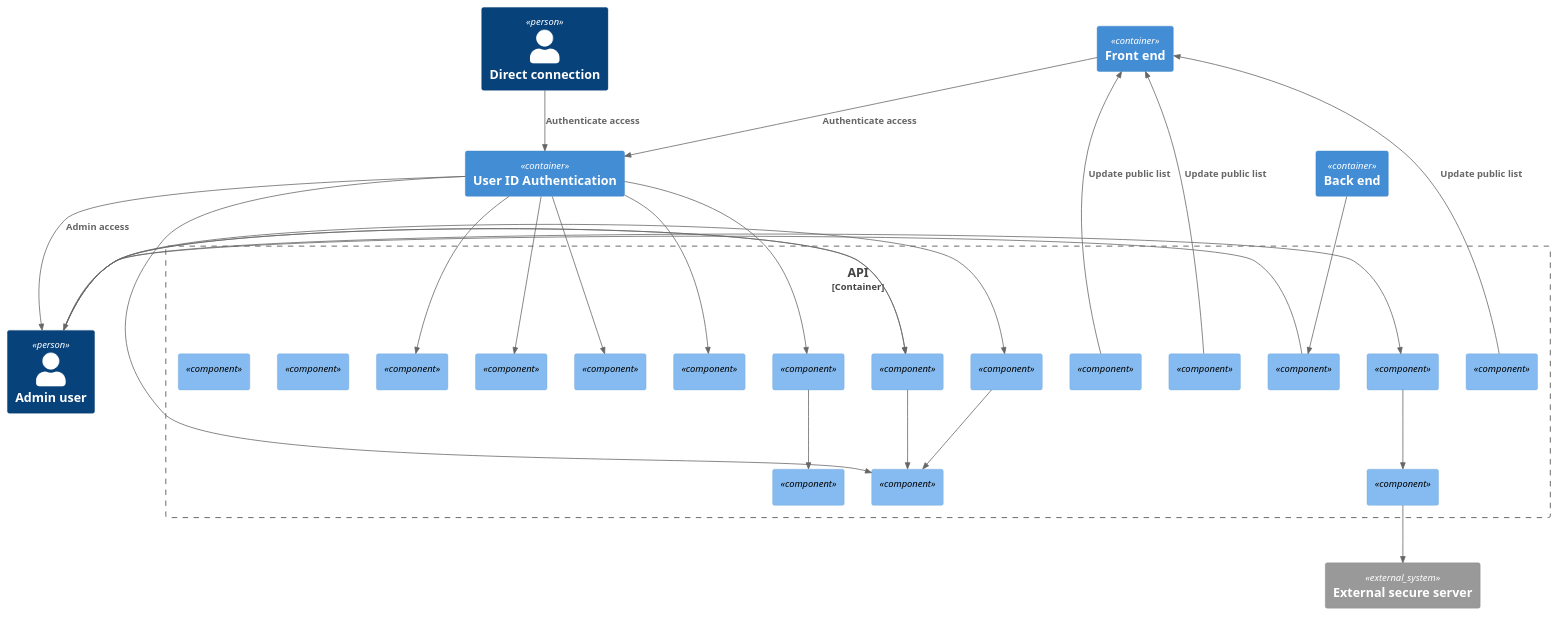
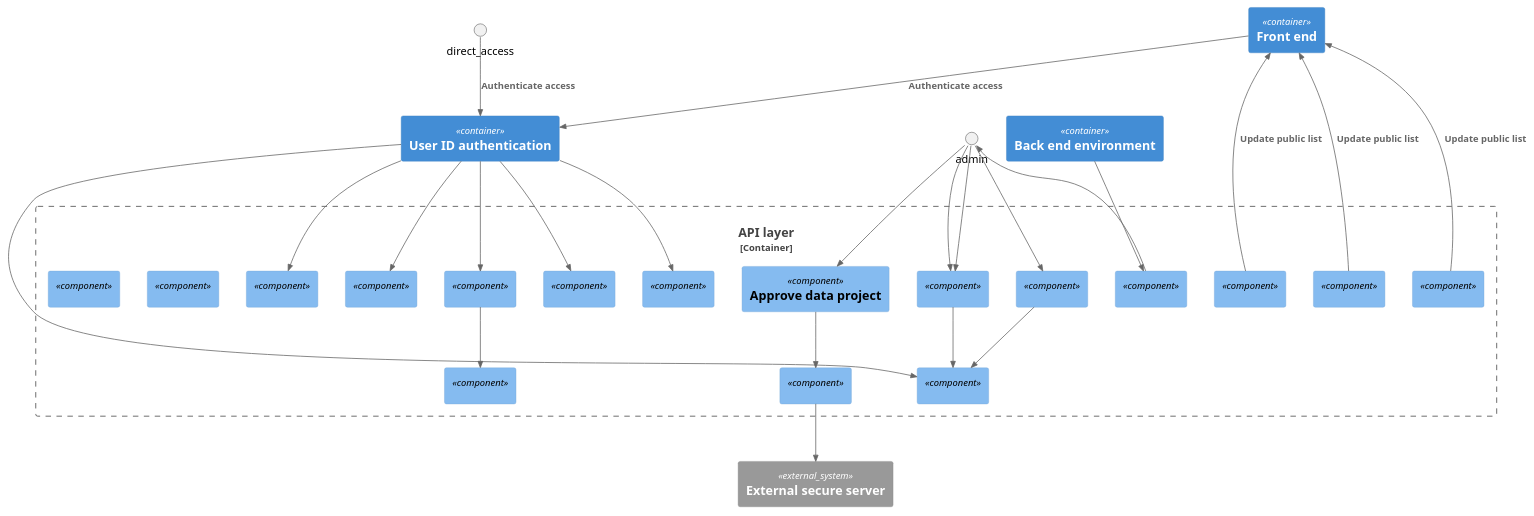
Before and after one commit to seedcase-project/seedcase-website: the diagram in design/images/component-api-and-auth.puml, drawn with PlantUML.

Commit message:
small changes to component diagram for API

```diff
--- a/design/images/component-api-and-auth.puml
+++ b/design/images/component-api-and-auth.puml
@@ -1,67 +1,64 @@
-@startuml
-!includeurl https://raw.githubusercontent.com/RicardoNiepel/C4-PlantUML/master/C4_Component.puml
+@startuml component-api-and-auth
+' C4 Component diagram for the API and Authentication modules
+!include https://raw.githubusercontent.com/plantuml-stdlib/C4-PlantUML/master/C4_Component.puml
 
-' C4 Component diagram for The Seedcase product - API
-
-Person(direct_access, "Direct connection")
-Person(admin, "Admin user")
 Container(frontend, "Front end")
-Container(backend, "Back end")
-Container(uia, "User ID Authentication")
+Container(bee, "Back end environment")
+Container(uia, "User ID authentication")
 System_Ext(external_server, "External secure server")
 
-Container_Boundary(api, "API") {
-  Component(post_update_project, "", "")
-  Component(approve_project, "", "")
-  Component(get_projects, "", "")
+Container_Boundary(api, "API layer") {
+  ' Data projects
+  Component(post_update_project, "", $descr="")
+  Component(approve_project, "Approve data project", $descr="")
+  Component(get_projects, "", $descr="")
 
-  Component(get_metadata, "", "")
-  Component(post_update_metadata, "", "")
+  ' Variable metadata
+  Component(get_metadata, "", $descr="")
+  Component(post_update_metadata, "", $descr="")
 
-  Component(post_update_user, "", "")
-  Component(approve_user, "", "")
-  Component(assign_user_roles, "", "")
+  Component(post_update_user, "", $descr="")
+  Component(approve_user, "", $descr="")
+  Component(assign_user_roles, "", $descr="")
 
-  Component(get_changelog, "", "")
-  Component(post_update_changelog, "", "")
+  Component(get_changelog, "", $descr="")
+  Component(post_update_changelog, "", $descr="")
 
-  Component(post_update_data_to_db, "", "")
-  Component(post_update_data_raw, "", "")
-  Component(process_data_raw_to_db, "", "")
-  Component(get_data, "", "")
-  Component(send_data, "", "")
+  Component(post_update_data_to_db, "", $descr="")
+  Component(post_update_data_raw, "", $descr="")
+  Component(process_data_raw_to_db, "", $descr="")
+  Component(get_data, "", $descr="")
+  Component(send_data, "", $descr="")
 
-  Component(qc_general, "", "")
-  Component(qc_plugins, "", "")
+  Component(qc_general, "", $descr="")
+  Component(qc_plugins, "", $descr="")
 }
 
 Rel(direct_access, uia, "Authenticate access")
-Rel(uia, admin, "Admin access")
 Rel(frontend, uia, "Authenticate access")
 
 Rel(get_projects, frontend, "Update public list")
 Rel(get_metadata, frontend, "Update public list")
 Rel(get_changelog, frontend, "Update public list")
 
 Rel(admin, approve_project, "")
 Rel(admin, approve_user, "")
 Rel(admin, assign_user_roles, "")
 Rel(uia, post_update_user, "")
 Rel(approve_user, post_update_user, "")
 Rel(assign_user_roles, post_update_user, "")
 Rel(admin, assign_user_roles, "")
-Rel(backend, get_data, "")
+Rel(bee, get_data, "")
 Rel(get_data, admin, "")
 
 Rel(approve_project, send_data, "")
 Rel(send_data, external_server, "")
 
 Rel(uia, post_update_project, "")
 Rel(uia, post_update_metadata, "")
 Rel(uia, post_update_changelog, "")
 Rel(uia, post_update_data_to_db, "")
 Rel(uia, post_update_data_raw, "")
 Rel(post_update_data_raw, process_data_raw_to_db, "")
 
-
 @enduml
```
